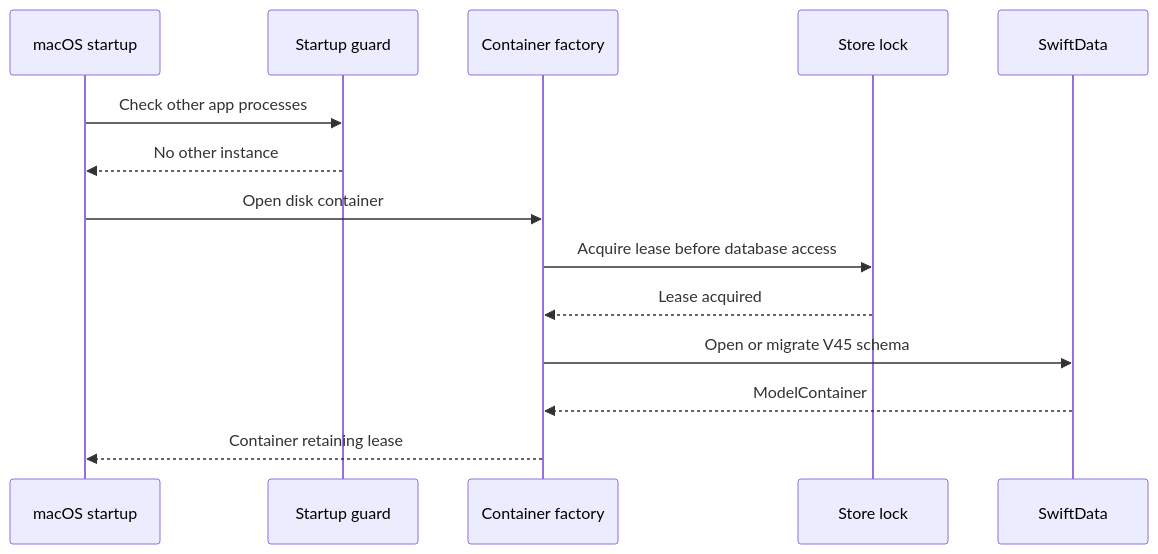
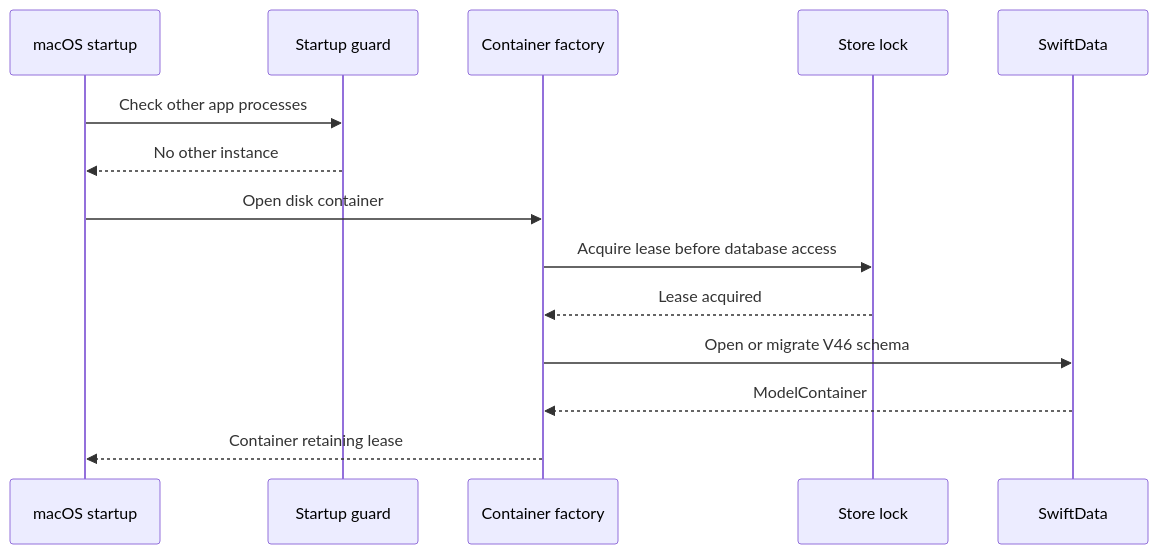
Before and after one commit to AkinoKaede/Termind: the second of 4 diagrams in openwiki/testing/behavioral-boundaries-and-fixtures.md, drawn with Mermaid. The commit also changed other lines of this file and 66 other files, not shown here.

````diff
--- a/openwiki/testing/behavioral-boundaries-and-fixtures.md
+++ b/openwiki/testing/behavioral-boundaries-and-fixtures.md
@@ -179,16 +185,16 @@
 ```mermaid
 sequenceDiagram
     participant App as macOS startup
     participant Guard as Startup guard
     participant Factory as Container factory
     participant Lock as Store lock
     participant DB as SwiftData
     App->>Guard: Check other app processes
     Guard-->>App: No other instance
     App->>Factory: Open disk container
     Factory->>Lock: Acquire lease before database access
     Lock-->>Factory: Lease acquired
-    Factory->>DB: Open or migrate V45 schema
+    Factory->>DB: Open or migrate V46 schema
     DB-->>Factory: ModelContainer
     Factory-->>App: Container retaining lease
 ```
````
